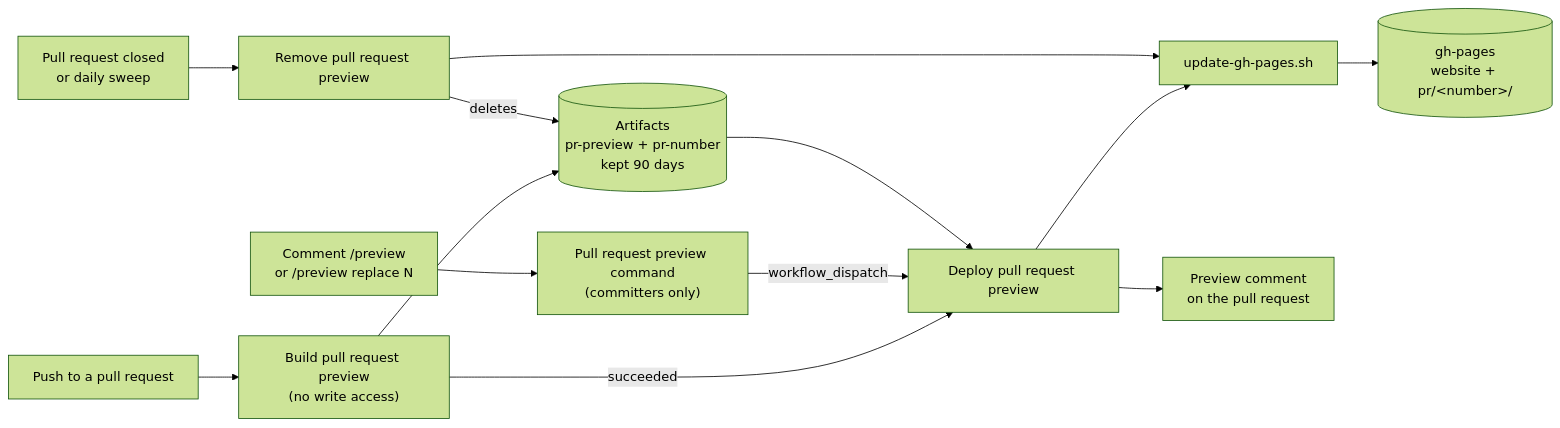
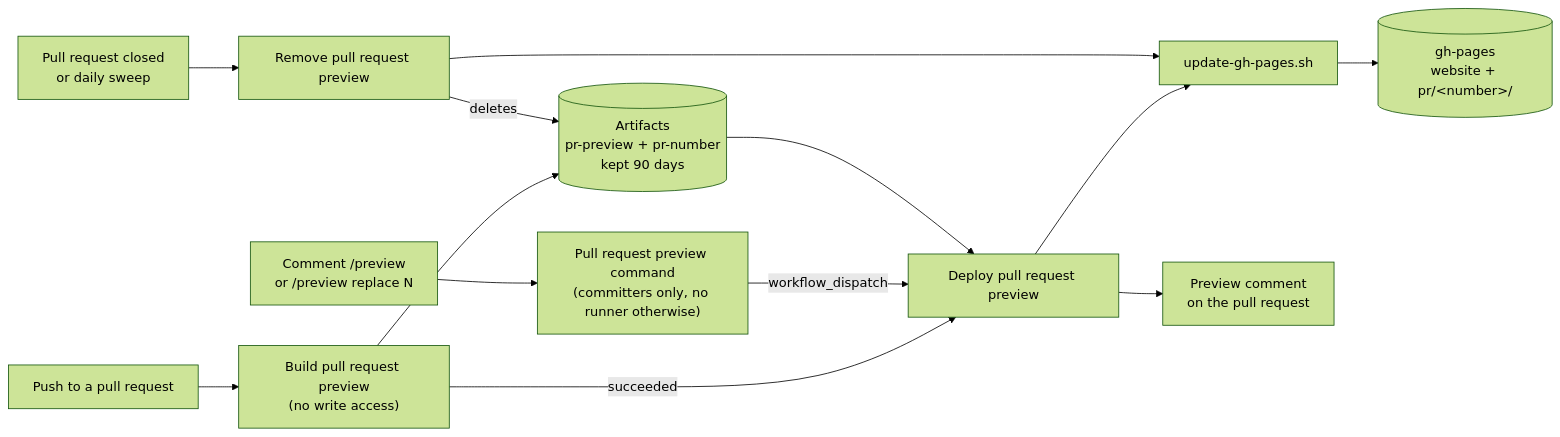
Before and after one commit to eclipse-tractusx/eclipse-tractusx.github.io: the second of 5 diagrams in .github/workflows/README.md, drawn with Mermaid (forest theme). The commit also changed other lines of this file and 1 other file, not shown here.

Commit message:
ci(preview): only start the command for committers and answer with reactions only

````diff
--- a/.github/workflows/README.md
+++ b/.github/workflows/README.md
@@ -70,15 +70,15 @@
 ```mermaid
 flowchart LR
     push["Push to a pull request"] --> build["Build pull request preview<br/>(no write access)"]
     build --> art[("Artifacts<br/>pr-preview + pr-number<br/>kept 90 days")]
     build -- succeeded --> deploy["Deploy pull request preview"]
-    cmd["Comment /preview<br/>or /preview replace N"] --> command["Pull request preview command<br/>(committers only)"]
+    cmd["Comment /preview<br/>or /preview replace N"] --> command["Pull request preview command<br/>(committers only, no runner otherwise)"]
     command -- workflow_dispatch --> deploy
     art --> deploy
     deploy --> script["update-gh-pages.sh"]
     script --> pages[("gh-pages<br/>website + pr/&lt;number&gt;/")]
     deploy --> comment["Preview comment<br/>on the pull request"]
     closed["Pull request closed<br/>or daily sweep"] --> cleanup["Remove pull request preview"]
     cleanup --> script
     cleanup -- deletes --> art
 ```
````
